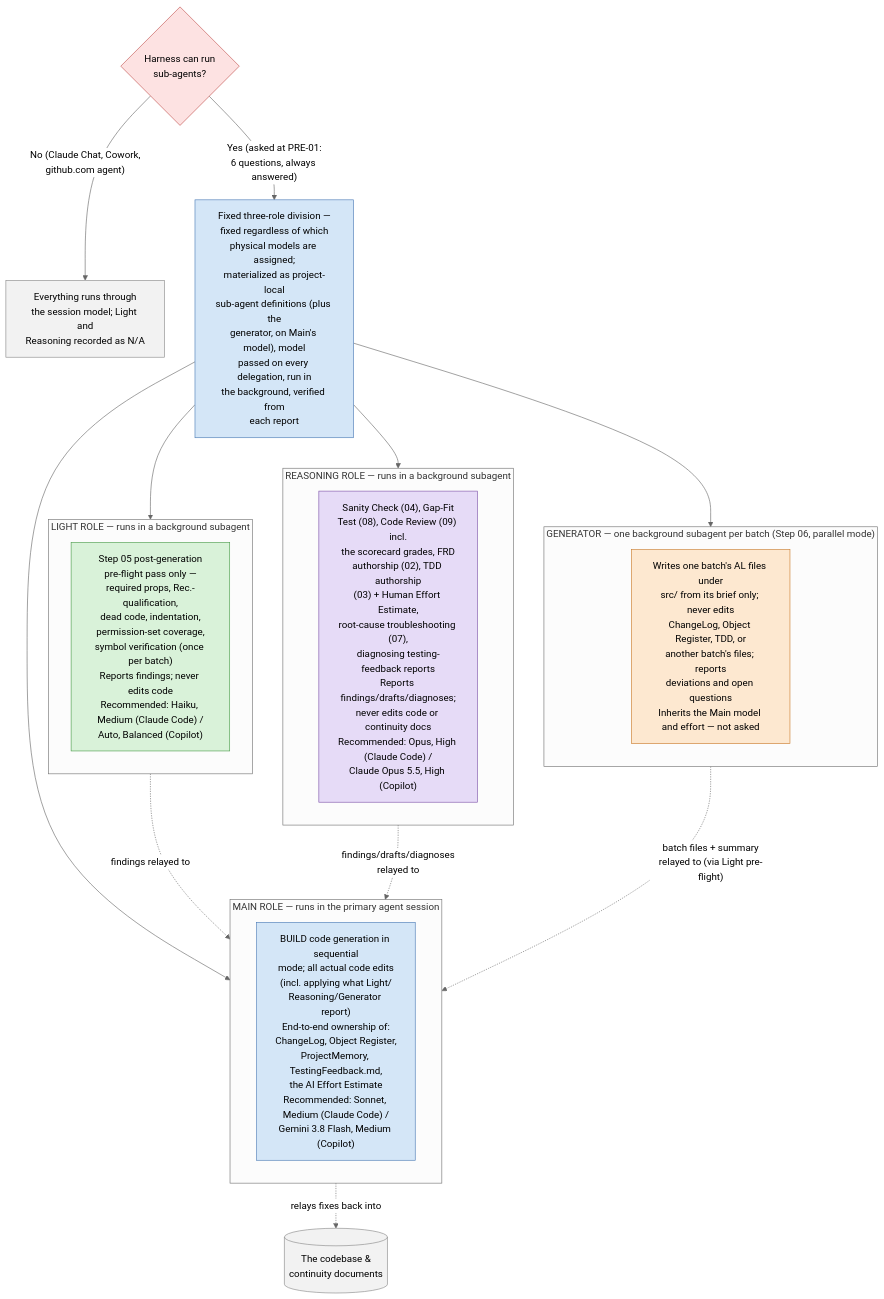
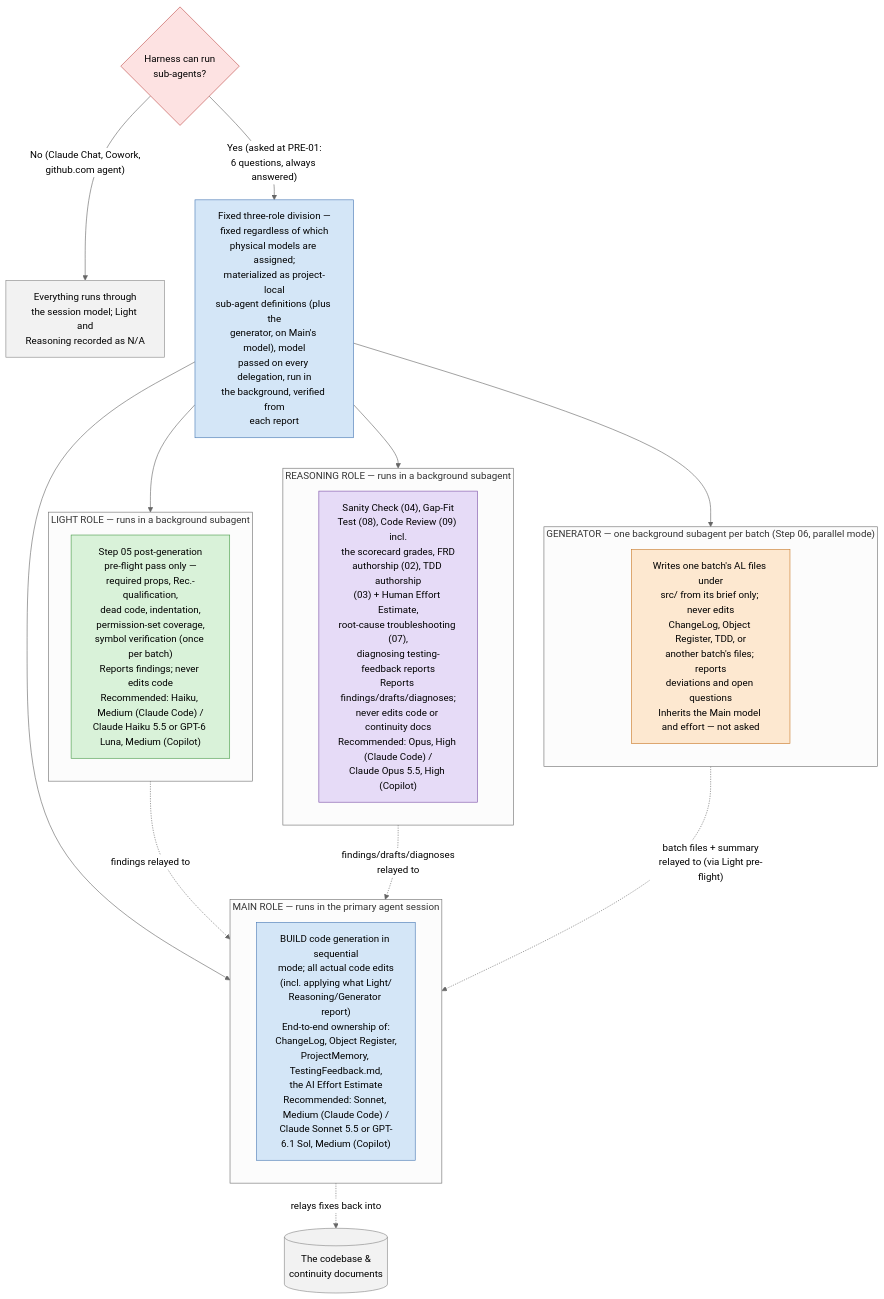
The eighth of 8 diagrams in fullVersion/RunbookSchematics.md (ajansari/ocpfBcAgenticDevFramework), drawn with Mermaid (neutral theme) before and after one commit. The commit also changed other lines of this file and 71 other files, not shown here.

````diff
--- a/fullVersion/RunbookSchematics.md
+++ b/fullVersion/RunbookSchematics.md
@@ -423,51 +424,51 @@
 ```mermaid
 flowchart TD
     Config{"Harness can run<br/>sub-agents?"}
     Config -- "No (Claude Chat, Cowork,<br/>github.com agent)" --> OneModel["Everything runs through<br/>the session model; Light and<br/>Reasoning recorded as N/A"]
     Config -- "Yes (asked at PRE-01:<br/>6 questions, always answered)" --> ThreeRoles["Fixed three-role division —<br/>fixed regardless of which<br/>physical models are assigned;<br/>materialized as project-local<br/>sub-agent definitions (plus the<br/>generator, on Main's model), model<br/>passed on every delegation, run in<br/>the background, verified from<br/>each report"]
 
     ThreeRoles --> Main
     ThreeRoles --> Light
     ThreeRoles --> Reasoning
     ThreeRoles --> Generator
 
     subgraph Main["MAIN ROLE — runs in the primary agent session"]
         direction TB
-        MainWork["BUILD code generation in sequential<br/>mode; all actual code edits<br/>(incl. applying what Light/<br/>Reasoning/Generator report)<br/>End-to-end ownership of:<br/>ChangeLog, Object Register,<br/>ProjectMemory, TestingFeedback.md,<br/>the AI Effort Estimate<br/>Recommended: Sonnet, Medium (Claude Code) /<br/>Gemini 3.8 Flash, Medium (Copilot)"]
+        MainWork["BUILD code generation in sequential<br/>mode; all actual code edits<br/>(incl. applying what Light/<br/>Reasoning/Generator report)<br/>End-to-end ownership of:<br/>ChangeLog, Object Register,<br/>ProjectMemory, TestingFeedback.md,<br/>the AI Effort Estimate<br/>Recommended: Sonnet, Medium (Claude Code) /<br/>Claude Sonnet 5.5 or GPT-6.1 Sol, Medium (Copilot)"]
     end
 
     subgraph Light["LIGHT ROLE — runs in a background subagent"]
         direction TB
-        LightWork["Step 05 post-generation<br/>pre-flight pass only —<br/>required props, Rec.-qualification,<br/>dead code, indentation,<br/>permission-set coverage,<br/>symbol verification (once per batch)<br/>Reports findings; never edits code<br/>Recommended: Haiku, Medium (Claude Code) /<br/>Auto, Balanced (Copilot)"]
+        LightWork["Step 05 post-generation<br/>pre-flight pass only —<br/>required props, Rec.-qualification,<br/>dead code, indentation,<br/>permission-set coverage,<br/>symbol verification (once per batch)<br/>Reports findings; never edits code<br/>Recommended: Haiku, Medium (Claude Code) /<br/>Claude Haiku 5.5 or GPT-6 Luna, Medium (Copilot)"]
     end
 
     subgraph Reasoning["REASONING ROLE — runs in a background subagent"]
         direction TB
         ReasonWork["Sanity Check (04), Gap-Fit<br/>Test (08), Code Review (09) incl.<br/>the scorecard grades, FRD<br/>authorship (02), TDD authorship<br/>(03) + Human Effort Estimate,<br/>root-cause troubleshooting (07),<br/>diagnosing testing-feedback reports<br/>Reports findings/drafts/diagnoses;<br/>never edits code or continuity docs<br/>Recommended: Opus, High (Claude Code) /<br/>Claude Opus 5.5, High (Copilot)"]
     end
 
     subgraph Generator["GENERATOR — one background subagent per batch (Step 06, parallel mode)"]
         direction TB
         GenWork["Writes one batch's AL files under<br/>src/ from its brief only; never edits<br/>ChangeLog, Object Register, TDD, or<br/>another batch's files; reports<br/>deviations and open questions<br/>Inherits the Main model and effort — not asked"]
     end
 
     Main -.->|"relays fixes back into"| Codebase[("The codebase &<br/>continuity documents")]
     Light -.->|"findings relayed to"| Main
     Reasoning -.->|"findings/drafts/diagnoses<br/>relayed to"| Main
     Generator -.->|"batch files + summary<br/>relayed to (via Light pre-flight)"| Main
 
     classDef decision fill:#fde2e2,stroke:#c0504d,stroke-width:1px;
     classDef main fill:#d4e6f7,stroke:#4a7ab5,stroke-width:1px;
     classDef light fill:#d9f2d9,stroke:#4a9b4a,stroke-width:1px;
     classDef reasoning fill:#e6dbf7,stroke:#7d52a8,stroke-width:1px;
     classDef generator fill:#fde8d0,stroke:#c97a2a,stroke-width:1px;
     classDef store fill:#f2f2f2,stroke:#888,stroke-width:1px;
     class Config decision;
     class OneModel store;
     class ThreeRoles main;
     class MainWork main;
     class LightWork light;
     class ReasonWork reasoning;
     class GenWork generator;
     class Codebase store;
 ```
````
